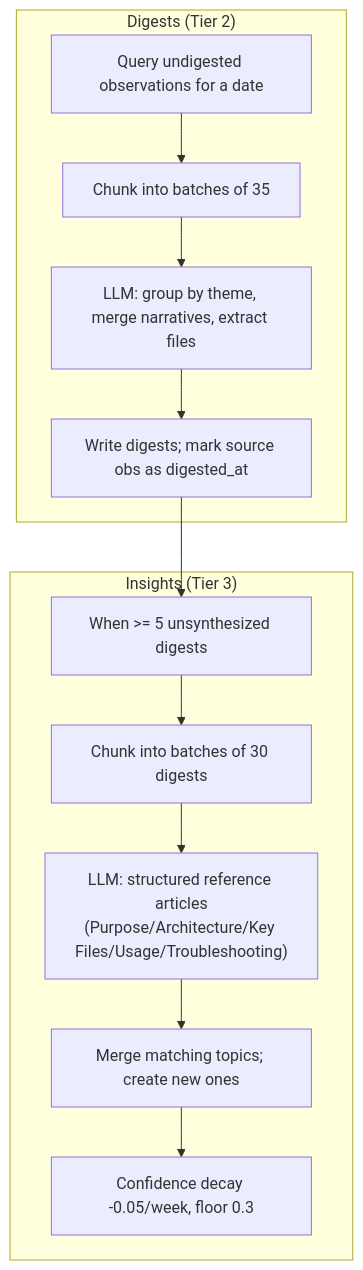
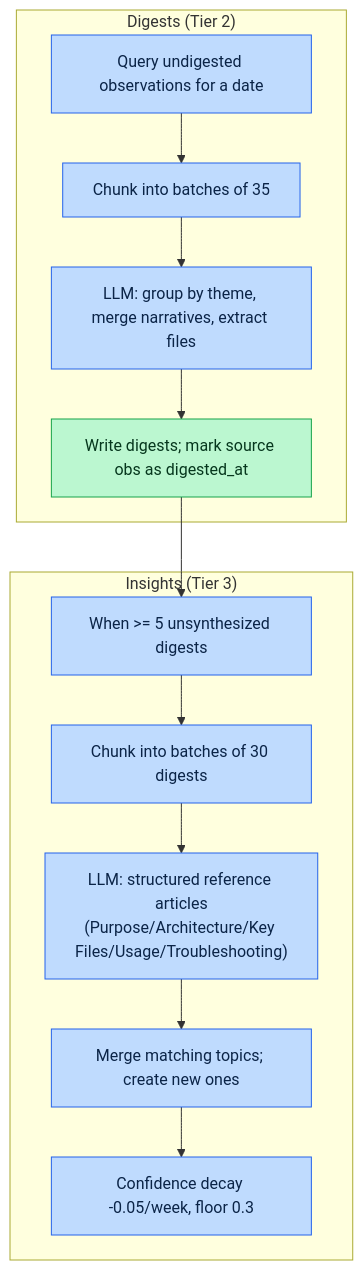
Before and after one commit to ritwik-ghosh09/Agent-Agnostic-Observational-Memory: the third of 9 diagrams in Observational_Memory.md, drawn with Mermaid. The commit also changed other lines of this file and 2 other files, not shown here.

````diff
--- a/Observational_Memory.md
+++ b/Observational_Memory.md
@@ -153,15 +171,20 @@
 ```mermaid
 graph TD
     subgraph Tier2["Digests (Tier 2)"]
         DA["Query undigested observations for a date"] --> DB["Chunk into batches of 35"]
         DB --> DC["LLM: group by theme, merge narratives, extract files"]
         DC --> DD["Write digests; mark source obs as digested_at"]
     end
     subgraph Tier3["Insights (Tier 3)"]
         IA["When >= 5 unsynthesized digests"] --> IB["Chunk into batches of 30 digests"]
         IB --> IC["LLM: structured reference articles<br/>(Purpose/Architecture/Key Files/Usage/Troubleshooting)"]
         IC --> ID["Merge matching topics; create new ones"]
         ID --> IE["Confidence decay -0.05/week, floor 0.3"]
     end
     DD --> IA
+
+    classDef compute fill:#bfdbfe,stroke:#2563eb,stroke-width:1px,color:#0b2447;
+    classDef store fill:#bbf7d0,stroke:#16a34a,stroke-width:1px,color:#06371d;
+    class DA,DB,DC,IA,IB,IC,ID,IE compute;
+    class DD store;
 ```
````
